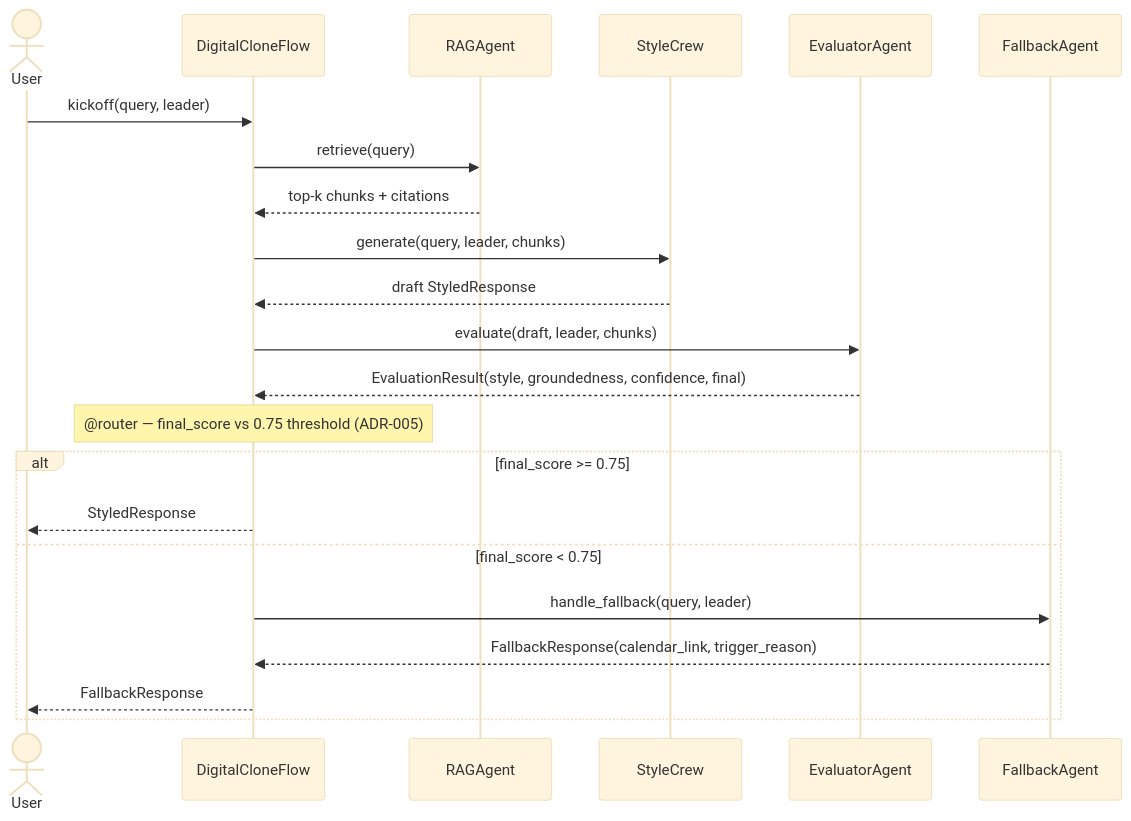
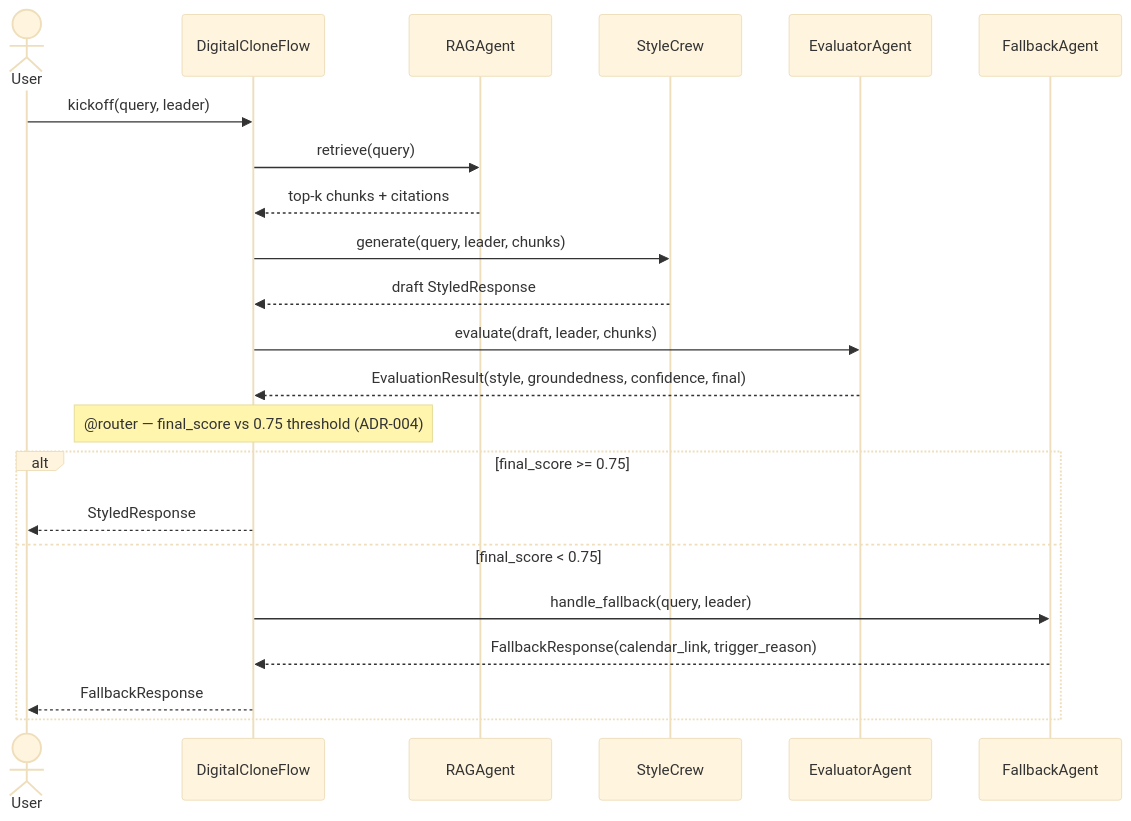
The diagram in docs/architecture/single-query-sequence.md (rubsj/ai-digital-clone), drawn with Mermaid (base theme) before and after one commit. The commit also changed other lines of this file, not shown here.

Commit message:
fix(A2): correct ADR reference for 0.75 threshold (ADR-004, not ADR-005)

````diff
--- a/docs/architecture/single-query-sequence.md
+++ b/docs/architecture/single-query-sequence.md
@@ -6,29 +6,29 @@
 ```mermaid
 sequenceDiagram
     actor User
     participant DCF as DigitalCloneFlow
     participant RA as RAGAgent
     participant SC as StyleCrew
     participant EA as EvaluatorAgent
     participant FA as FallbackAgent
 
     User->>DCF: kickoff(query, leader)
     DCF->>RA: retrieve(query)
     RA-->>DCF: top-k chunks + citations
 
     DCF->>SC: generate(query, leader, chunks)
     SC-->>DCF: draft StyledResponse
 
     DCF->>EA: evaluate(draft, leader, chunks)
     EA-->>DCF: EvaluationResult(style, groundedness, confidence, final)
 
-    Note over DCF: @router — final_score vs 0.75 threshold (ADR-005)
+    Note over DCF: @router — final_score vs 0.75 threshold (ADR-004)
 
     alt final_score >= 0.75
         DCF-->>User: StyledResponse
     else final_score < 0.75
         DCF->>FA: handle_fallback(query, leader)
         FA-->>DCF: FallbackResponse(calendar_link, trigger_reason)
         DCF-->>User: FallbackResponse
     end
 ```
````
